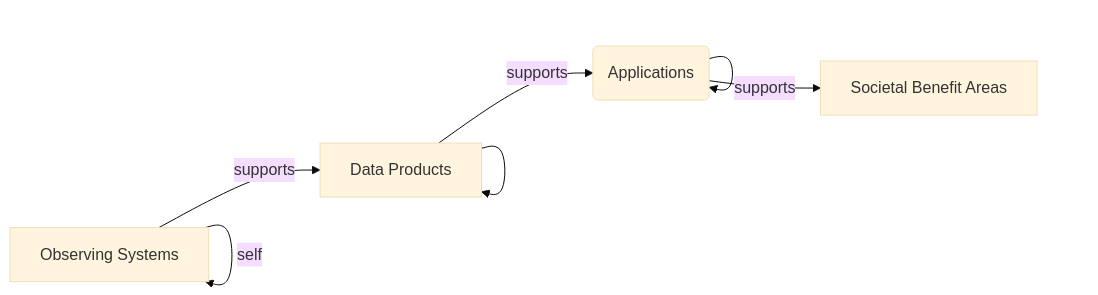
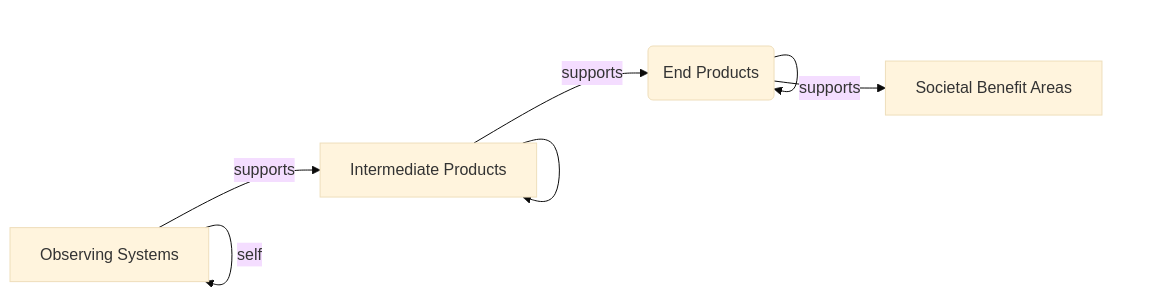
Before and after one commit to nsidc/usaon-benefit-tool: the first of 2 diagrams in doc/reference/glossary.md, drawn with Mermaid (base theme). The commit also changed other lines of this file, not shown here.

````diff
--- a/doc/reference/glossary.md
+++ b/doc/reference/glossary.md
@@ -102,9 +148,9 @@
 ```mermaid
 flowchart LR
-    A[Observing Systems]--> |supports| B[Data Products]
+    A[Observing Systems]--> |supports| B[Intermediate Products]
     A --> |self| A
-    B --> |supports| C(Applications)
+    B --> |supports| C(End Products)
     B --> B
     C --> C
     C --> |supports| D[Societal Benefit Areas]
 ```
````
